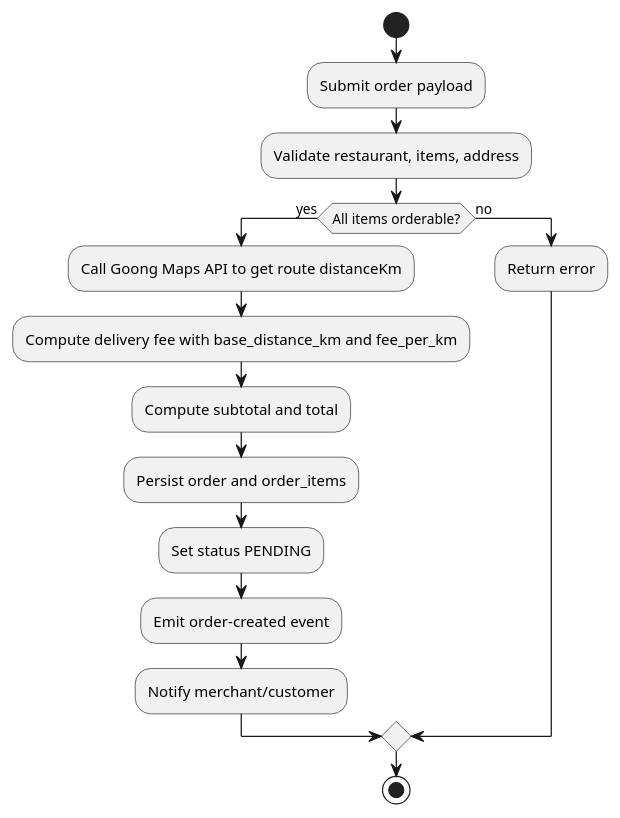
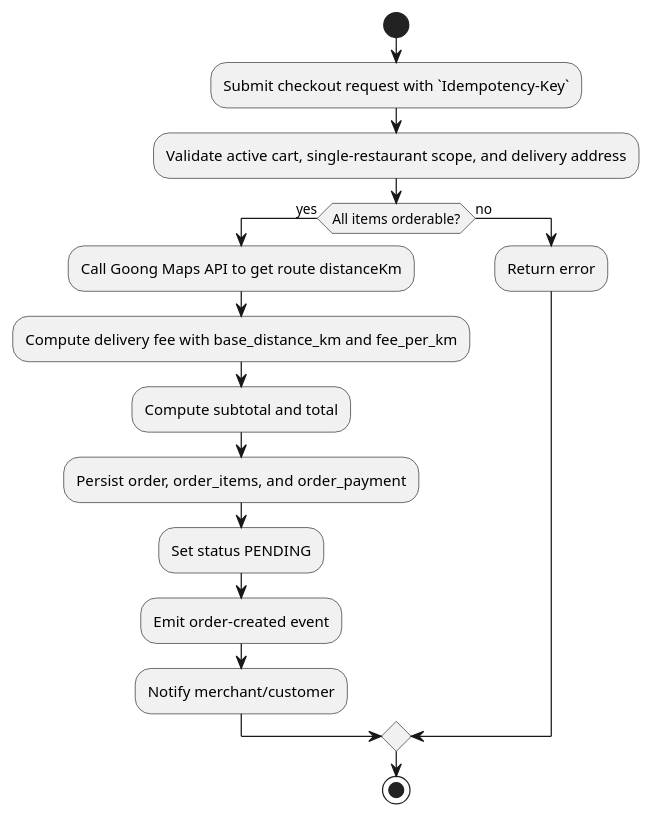
The fifth of 22 diagrams in docs/FOODYA_SRS.md (dieuxuanhien/foodya), drawn with PlantUML before and after one commit. The commit also changed other lines of this file and 1 other file, not shown here.

````diff
--- a/docs/FOODYA_SRS.md
+++ b/docs/FOODYA_SRS.md
@@ -408,19 +408,19 @@
 ```plantuml
 @startuml
 start
-:Submit order payload;
-:Validate restaurant, items, address;
+:Submit checkout request with `Idempotency-Key`;
+:Validate active cart, single-restaurant scope, and delivery address;
 if (All items orderable?) then (yes)
   :Call Goong Maps API to get route distanceKm;
   :Compute delivery fee with base_distance_km and fee_per_km;
   :Compute subtotal and total;
-  :Persist order and order_items;
+  :Persist order, order_items, and order_payment;
   :Set status PENDING;
   :Emit order-created event;
   :Notify merchant/customer;
 else (no)
   :Return error;
 endif
 stop
 @enduml
 ```
````
